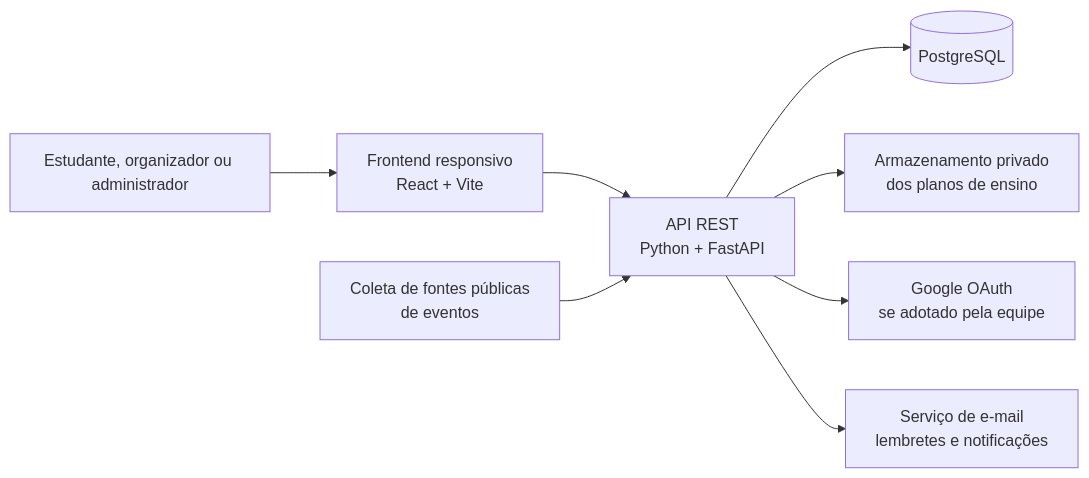
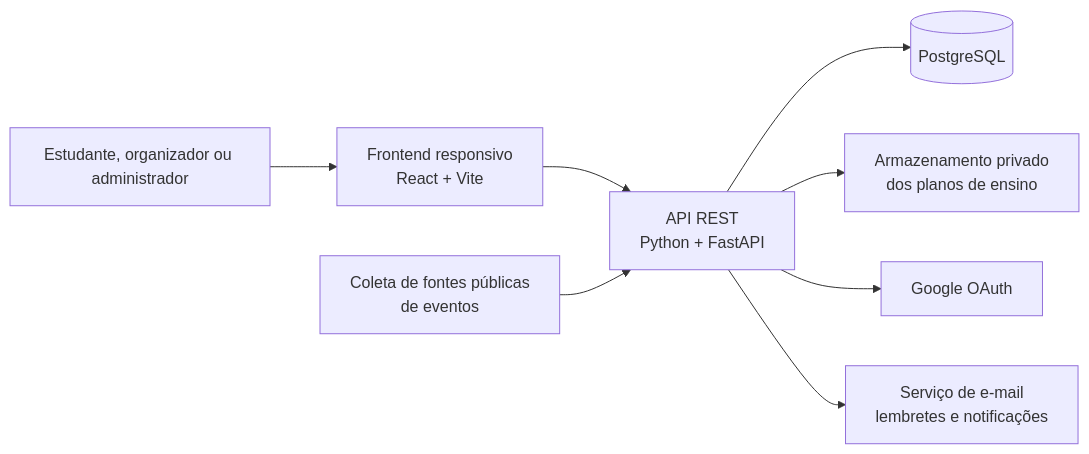
Before and after one commit to unb-mds/2026-2-AgendaUnB: the diagram in docs/Architecture.md, drawn with Mermaid.

Commit message:
Adiciona arquitetura no gitpages

````diff
--- a/docs/Architecture.md
+++ b/docs/Architecture.md
@@ -16,10 +16,10 @@
 ```mermaid
 flowchart LR
     U[Estudante, organizador ou administrador] --> WEB[Frontend responsivo<br/>React + Vite]
     WEB --> API[API REST<br/>Python + FastAPI]
     API --> DB[(PostgreSQL)]
     API --> FILES[Armazenamento privado<br/>dos planos de ensino]
-    API --> GOOGLE[Google OAuth<br/>se adotado pela equipe]
+    API --> GOOGLE[Google OAuth]
     API --> EMAIL[Serviço de e-mail<br/>lembretes e notificações]
     COLLECTOR[Coleta de fontes públicas<br/>de eventos] --> API
 ```
````
